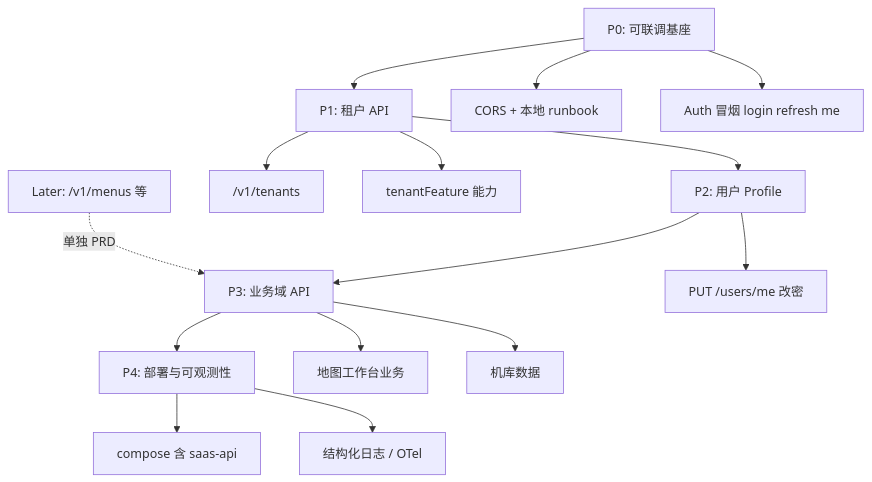
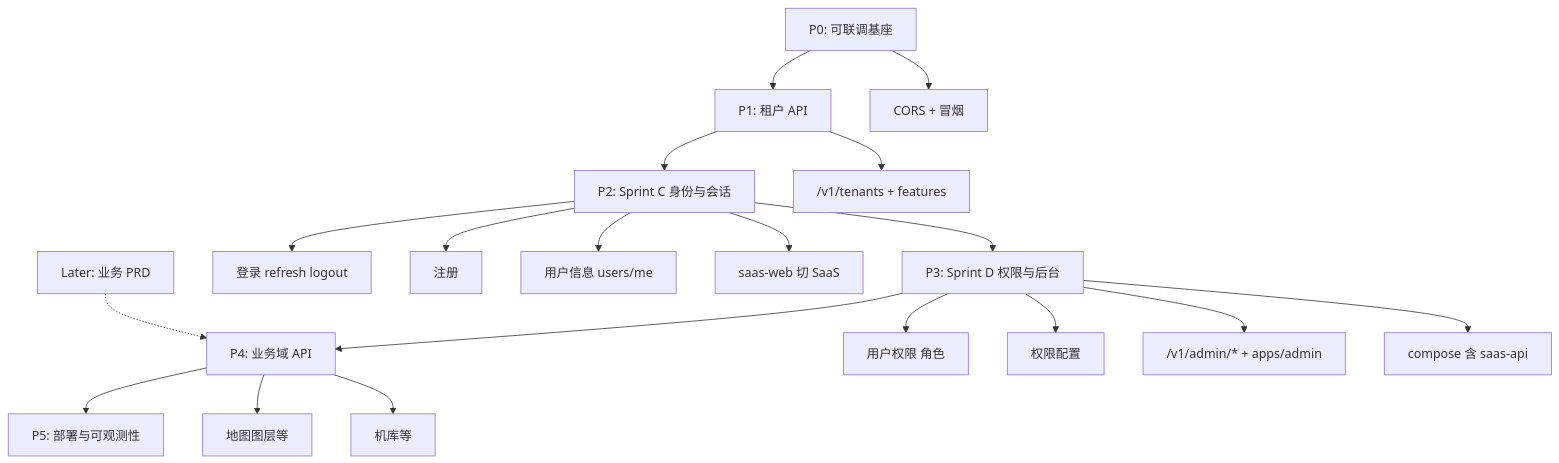
Before and after one commit to dujiaoai/map-design: the diagram in docs/architecture/services-development-plan.md, drawn with Mermaid. The commit also changed other lines of this file and 15 other files, not shown here.

````diff
--- a/docs/architecture/services-development-plan.md
+++ b/docs/architecture/services-development-plan.md
@@ -113,23 +128,26 @@
 ```mermaid
 flowchart TD
   P0[P0: 可联调基座] --> P1[P1: 租户 API]
-  P1 --> P2[P2: 用户 Profile]
-  P2 --> P3[P3: 业务域 API]
-  P3 --> P4[P4: 部署与可观测性]
+  P1 --> P2[P2: Sprint C 身份与会话]
+  P2 --> P3[P3: Sprint D 权限与后台]
+  P3 --> P4[P4: 业务域 API]
+  P4 --> P5[P5: 部署与可观测性]
 
-  P0 --> CORS[CORS + 本地 runbook]
-  P0 --> E2E[Auth 冒烟 login refresh me]
+  P0 --> CORS[CORS + 冒烟]
+  P1 --> Tenants["/v1/tenants + features"]
 
-  P1 --> Tenants["/v1/tenants"]
-  P1 --> Features[tenantFeature 能力]
+  P2 --> Login[登录 refresh logout]
+  P2 --> Register[注册]
+  P2 --> UserInfo[用户信息 users/me]
+  P2 --> WebSession[saas-web 切 SaaS]
 
-  P2 --> Profile[PUT /users/me 改密]
+  P3 --> RBAC[用户权限 角色]
+  P3 --> PermCfg[权限配置]
+  P3 --> Admin["/v1/admin/* + apps/admin"]
+  P3 --> Deploy[compose 含 saas-api]
 
-  P3 --> Map[地图工作台业务]
-  P3 --> UAV[机库数据]
+  P4 --> Map[地图图层等]
+  P4 --> UAV[机库等]
 
-  P4 --> Docker[compose 含 saas-api]
-  P4 --> OTel[结构化日志 / OTel]
-
-  Later["Later: /v1/menus 等"] -.->|单独 PRD| P3
+  Later["Later: 业务 PRD"] -.-> P4
 ```
````
